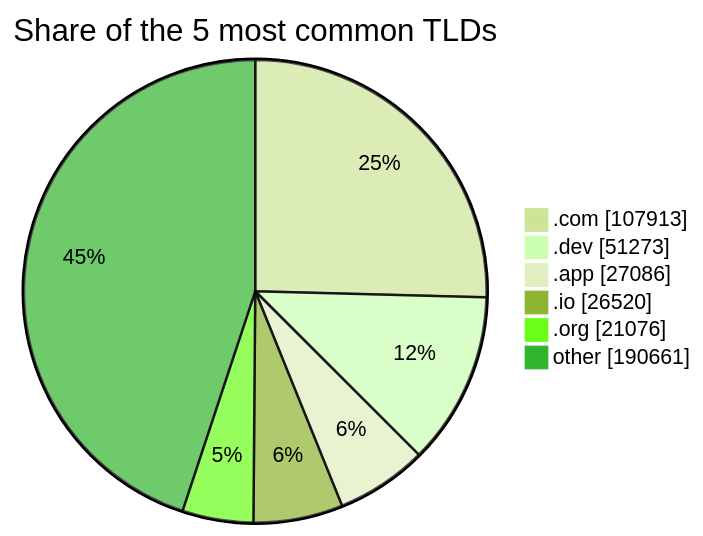
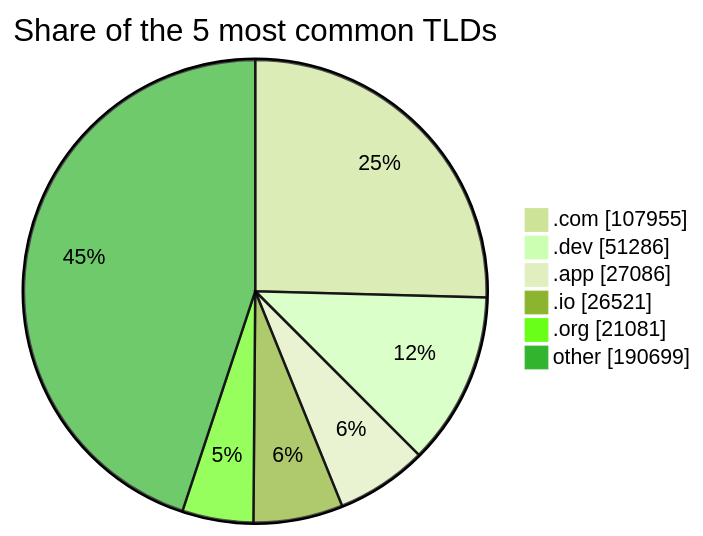
Before and after one commit to DNSBunker/CTI: the third of 3 diagrams in README.md, drawn with Mermaid (forest theme). The commit also changed other lines of this file and 3 other files, not shown here.

````diff
--- a/README.md
+++ b/README.md
@@ -81,9 +81,9 @@
 ```mermaid
 pie showData title Share of the 5 most common TLDs
-    ".com" : 107913
-    ".dev" : 51273
+    ".com" : 107955
+    ".dev" : 51286
     ".app" : 27086
-    ".io" : 26520
-    ".org" : 21076
-    "other" : 190661
+    ".io" : 26521
+    ".org" : 21081
+    "other" : 190699
 ```
````
